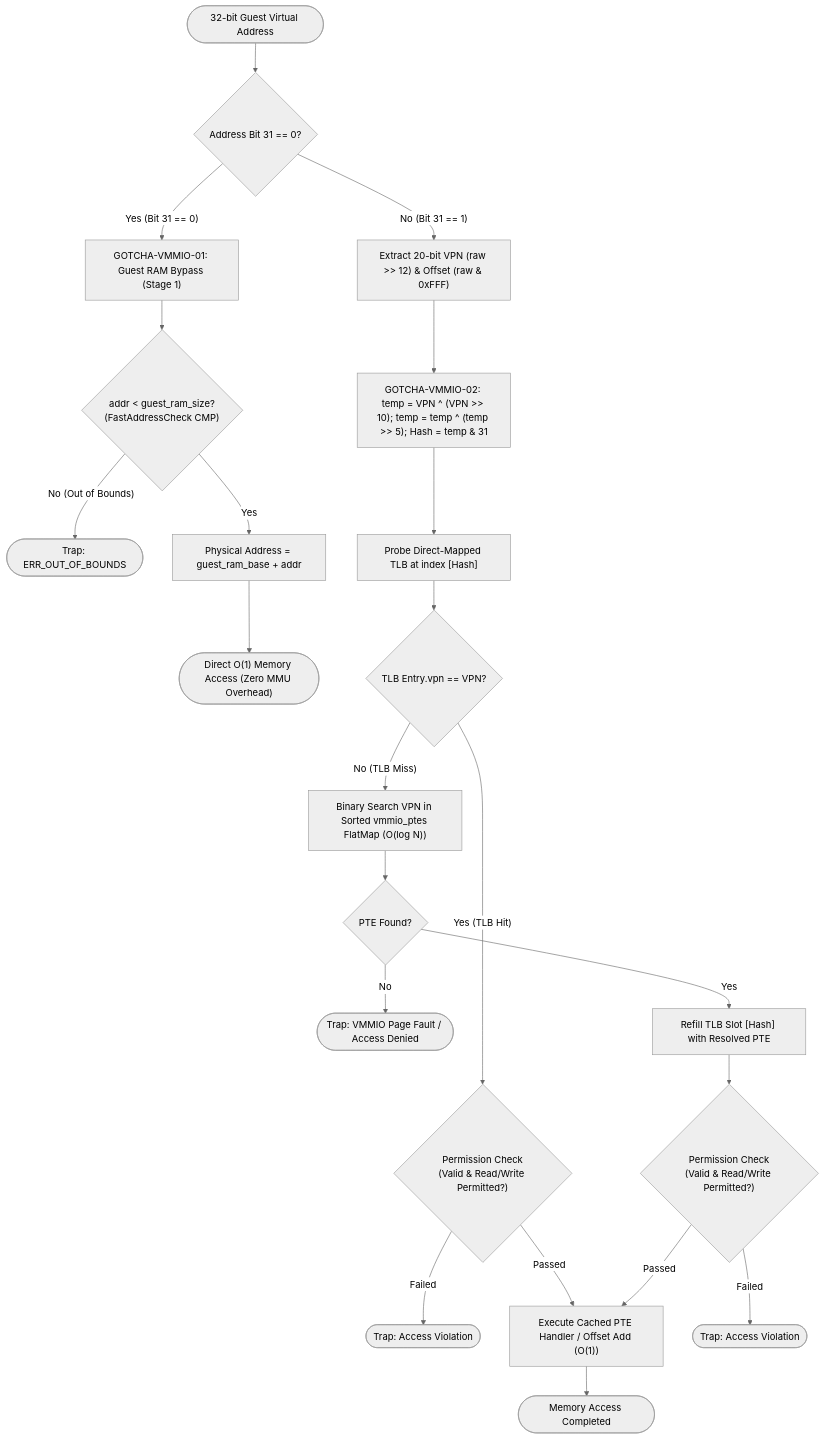
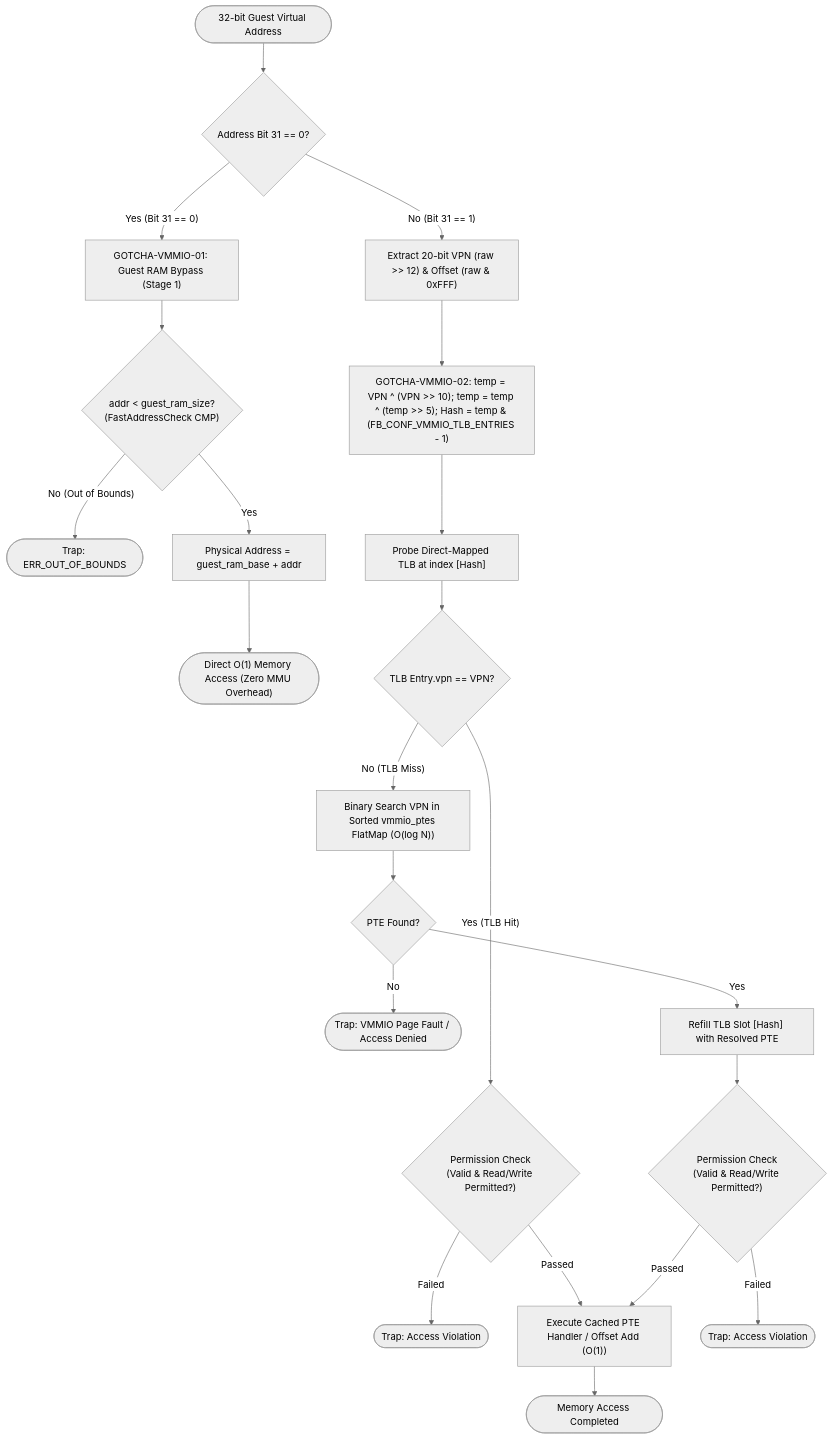
One commit to kmt-t/fireball changed the second of 7 diagrams in docs/components/tier2_runtime/runtime_vmmio.md. Above: the diagram before and after it, drawn with Mermaid (neutral theme). The commit also changed other lines of this file and 26 other files, not shown here.

````diff
--- a/docs/components/tier2_runtime/runtime_vmmio.md
+++ b/docs/components/tier2_runtime/runtime_vmmio.md
@@ -190,28 +190,28 @@
 ```mermaid
 flowchart TD
     Start(["32-bit Guest Virtual Address"]) --> CheckBit31{"Address Bit 31 == 0?"}
 
     CheckBit31 -- "Yes (Bit 31 == 0)" --> RAMBypass["GOTCHA-VMMIO-01: Guest RAM Bypass (Stage 1)"]
     RAMBypass --> CheckRAMBounds{"addr < guest_ram_size?<br/>(FastAddressCheck CMP)"}
     CheckRAMBounds -- "No (Out of Bounds)" --> TrapOOB(["Trap: ERR_OUT_OF_BOUNDS"])
     CheckRAMBounds -- "Yes" --> CalcRAM["Physical Address = guest_ram_base + addr"]
     CalcRAM --> DirectAccess(["Direct O(1) Memory Access (Zero MMU Overhead)"])
 
     CheckBit31 -- "No (Bit 31 == 1)" --> ExtractVPN["Extract 20-bit VPN (raw >> 12) & Offset (raw & 0xFFF)"]
-    ExtractVPN --> FoldingXOR["GOTCHA-VMMIO-02: temp = VPN ^ (VPN >> 10); temp = temp ^ (temp >> 5); Hash = temp & 31"]
+    ExtractVPN --> FoldingXOR["GOTCHA-VMMIO-02: temp = VPN ^ (VPN >> 10); temp = temp ^ (temp >> 5); Hash = temp & (FB_CONF_VMMIO_TLB_ENTRIES - 1)"]
     FoldingXOR --> ProbeTLB["Probe Direct-Mapped TLB at index [Hash]"]
 
     ProbeTLB --> TLBHit{"TLB Entry.vpn == VPN?"}
     TLBHit -- "Yes (TLB Hit)" --> CheckPermHit{"Permission Check<br/>(Valid & Read/Write Permitted?)"}
     CheckPermHit -- "Failed" --> TrapAccessHit(["Trap: Access Violation"])
     CheckPermHit -- "Passed" --> ExecHandler["Execute Cached PTE Handler / Offset Add (O(1))"]
     ExecHandler --> Complete(["Memory Access Completed"])
 
     TLBHit -- "No (TLB Miss)" --> FlatMapWalk["Binary Search VPN in Sorted vmmio_ptes FlatMap (O(log N))"]
     FlatMapWalk --> WalkFound{"PTE Found?"}
     WalkFound -- "No" --> Fault(["Trap: VMMIO Page Fault / Access Denied"])
     WalkFound -- "Yes" --> RefillTLB["Refill TLB Slot [Hash] with Resolved PTE"]
     RefillTLB --> CheckPermMiss{"Permission Check<br/>(Valid & Read/Write Permitted?)"}
     CheckPermMiss -- "Failed" --> TrapAccessMiss(["Trap: Access Violation"])
     CheckPermMiss -- "Passed" --> ExecHandler
 ```
````
